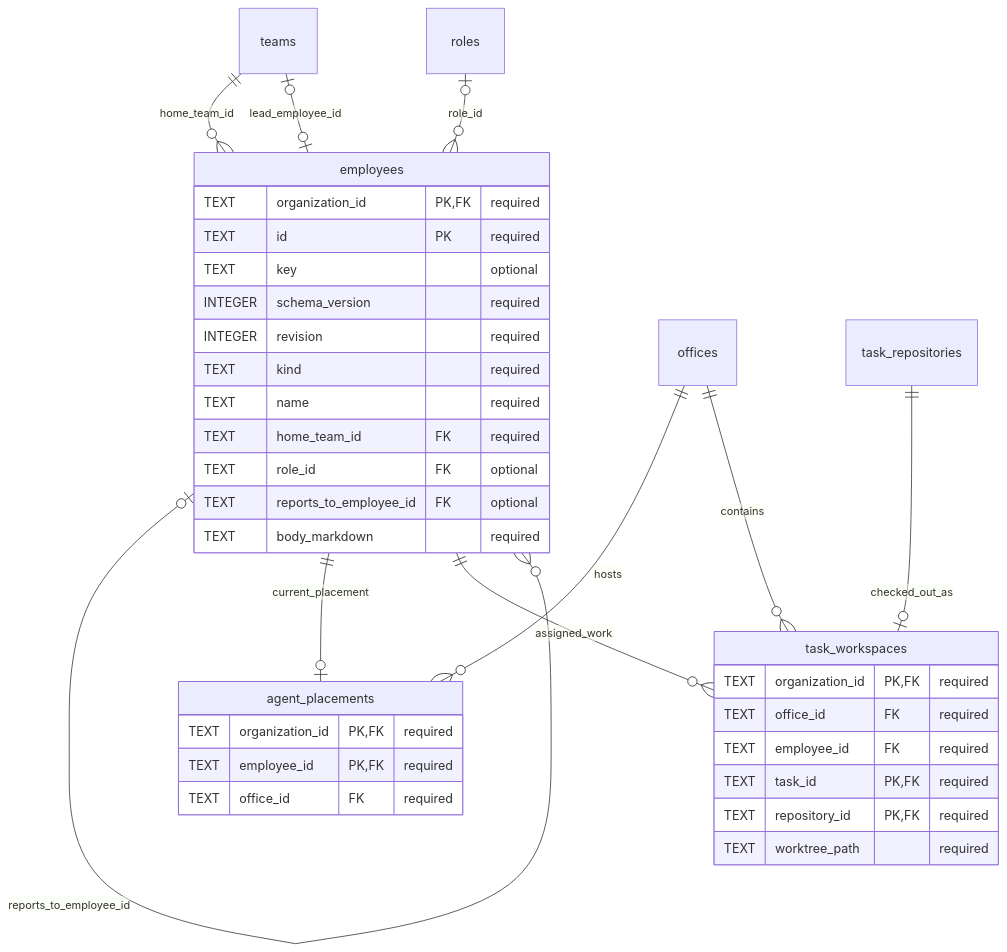
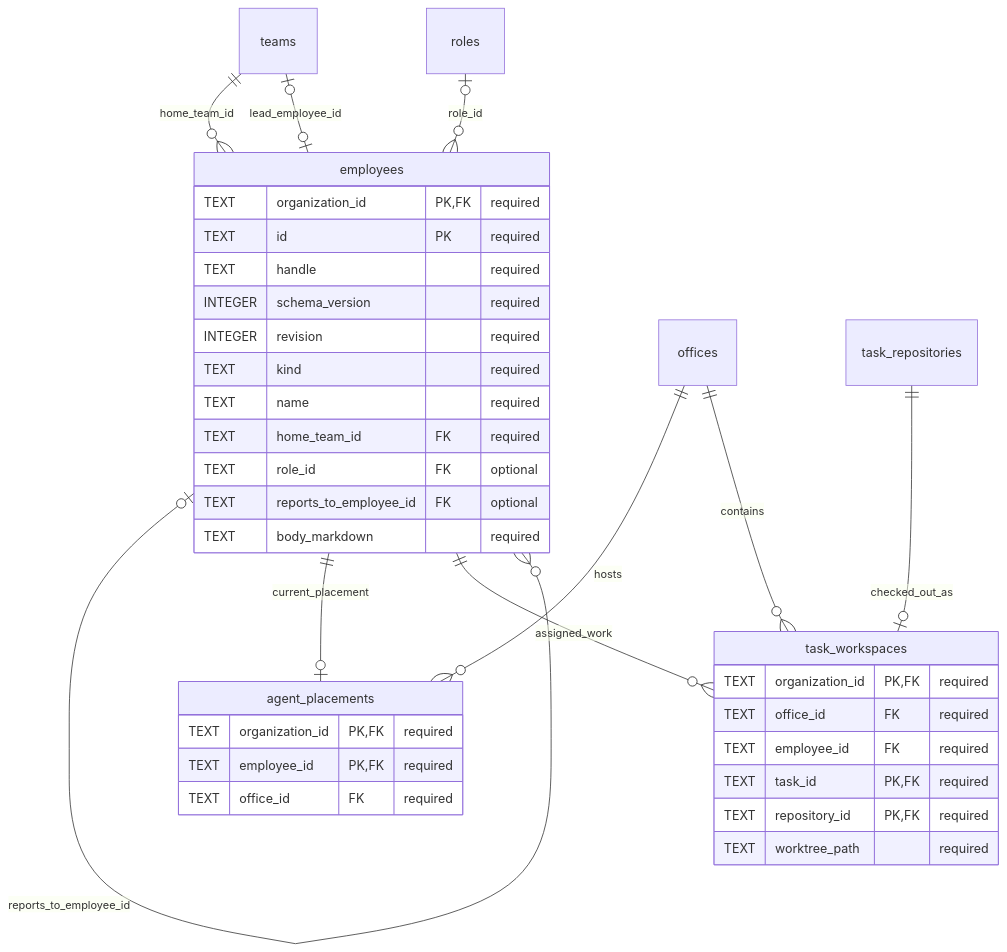
The diagram in docs/design/organization-data/04-agent-structure.md (vgmello/agentic-org), drawn with Mermaid before and after one commit. The commit also changed other lines of this file and 7 other files, not shown here.

````diff
--- a/docs/design/organization-data/04-agent-structure.md
+++ b/docs/design/organization-data/04-agent-structure.md
@@ -7,38 +7,38 @@
 ```mermaid
 erDiagram
     teams ||--o{ employees : home_team_id
     teams o|--o| employees : lead_employee_id
     roles o|--o{ employees : role_id
     employees o|--o{ employees : reports_to_employee_id
     employees ||--o| agent_placements : current_placement
     offices ||--o{ agent_placements : hosts
     employees ||--o{ task_workspaces : assigned_work
     offices ||--o{ task_workspaces : contains
     task_repositories ||--o| task_workspaces : checked_out_as
     employees {
         TEXT organization_id PK, FK "required"
         TEXT id PK "required"
-        TEXT key "optional"
+        TEXT handle "required"
         INTEGER schema_version "required"
         INTEGER revision "required"
         TEXT kind "required"
         TEXT name "required"
         TEXT home_team_id FK "required"
         TEXT role_id FK "optional"
         TEXT reports_to_employee_id FK "optional"
         TEXT body_markdown "required"
     }
     agent_placements {
         TEXT organization_id PK, FK "required"
         TEXT employee_id PK, FK "required"
         TEXT office_id FK "required"
     }
     task_workspaces {
         TEXT organization_id PK, FK "required"
         TEXT office_id FK "required"
         TEXT employee_id FK "required"
         TEXT task_id PK, FK "required"
         TEXT repository_id PK, FK "required"
         TEXT worktree_path "required"
     }
 ```
````
